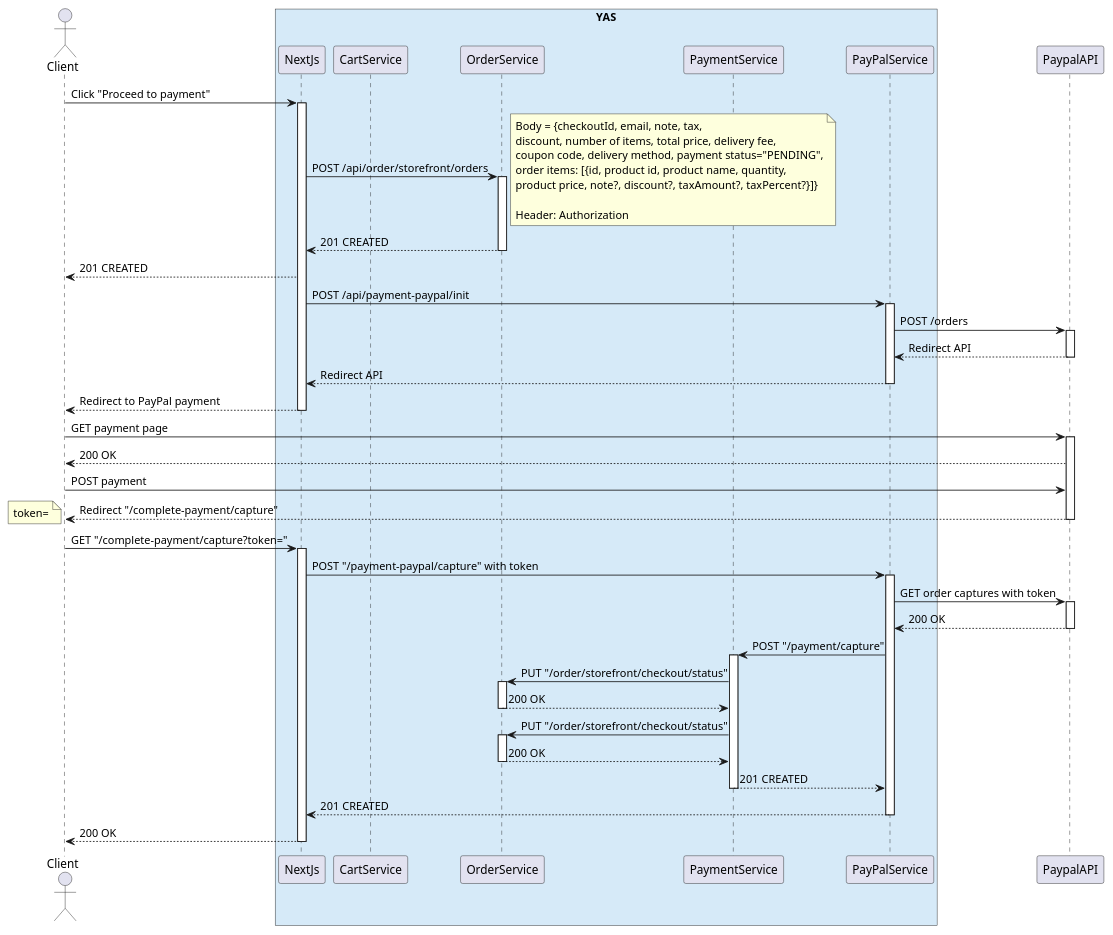
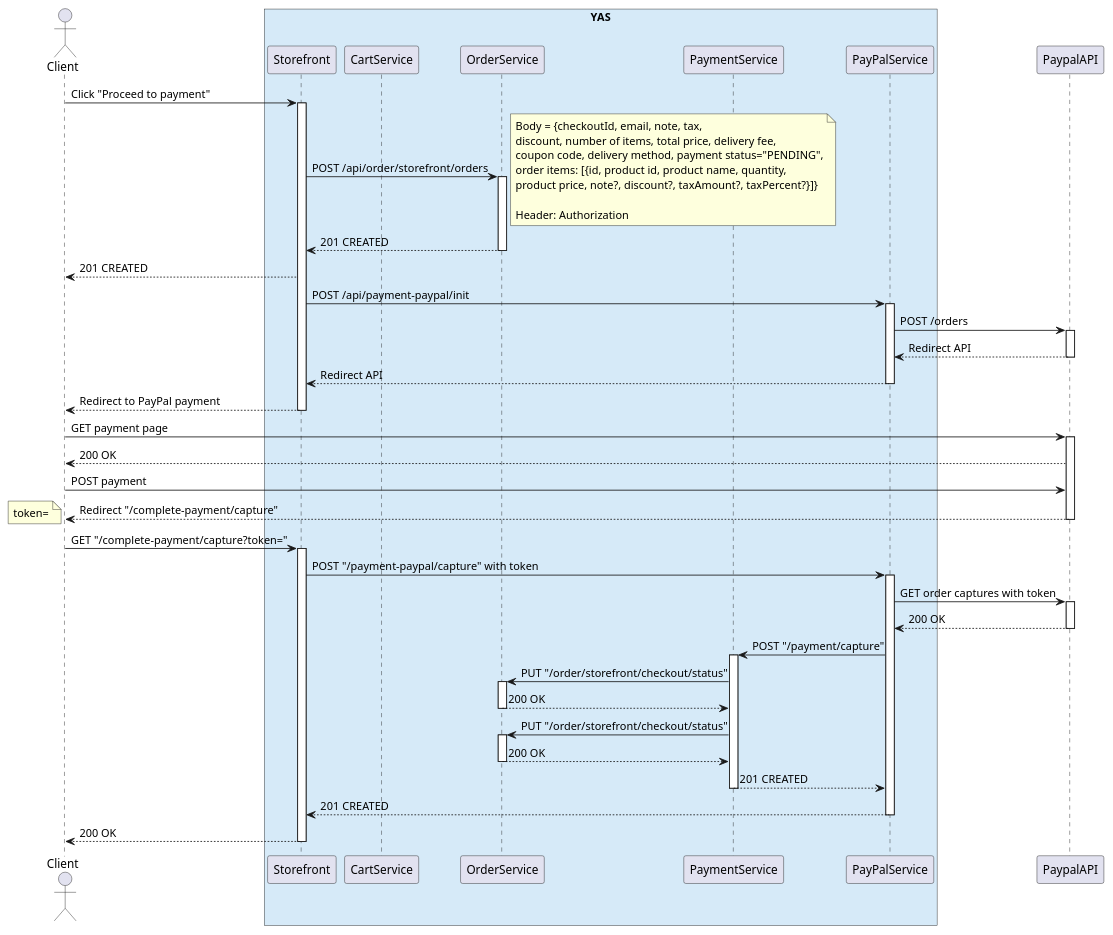
Before and after one commit to nashtech-garage/yas: the diagram in order/docs/uml/CreateOrderFlow.puml, drawn with PlantUML. The commit also changed 5 other files, not shown here.

Commit message:
Rename NextJs to Storefront in diagrams

```diff
--- a/order/docs/uml/CreateOrderFlow.puml
+++ b/order/docs/uml/CreateOrderFlow.puml
@@ -1,73 +1,73 @@
 @startuml Create order flow
 actor Client
 box "YAS" #D6EAF8
-participant NextJs
+participant Storefront as NextJs
 participant CartService as cart
 participant OrderService as order
 participant PaymentService as payment
 participant PayPalService as ppal
 end box
 participant PaypalAPI as ppAPI
 
 Client -> NextJs: Click "Proceed to payment"
 activate NextJs
 NextJs -> order: POST /api/order/storefront/orders
 note right
     Body = {checkoutId, email, note, tax,
     discount, number of items, total price, delivery fee,
     coupon code, delivery method, payment status="PENDING",
     order items: [{id, product id, product name, quantity,
     product price, note?, discount?, taxAmount?, taxPercent?}]}
 
     Header: Authorization
 end note
 activate order
 order --> NextJs: 201 CREATED
 deactivate order
 NextJs --> Client: 201 CREATED
 NextJs -> ppal: POST /api/payment-paypal/init
 activate ppal
 ppal -> ppAPI: POST /orders
 activate ppAPI
 ppAPI --> ppal: Redirect API
 deactivate ppAPI
 ppal --> NextJs: Redirect API
 deactivate ppal
 NextJs --> Client: Redirect to PayPal payment
 deactivate NextJs
 Client -> ppAPI: GET payment page
 activate ppAPI
 ppAPI --> Client: 200 OK
 Client -> ppAPI: POST payment
 ppAPI --> Client: Redirect "/complete-payment/capture"
 note left
 token=
 end note
 deactivate ppAPI
 Client -> NextJs: GET "/complete-payment/capture?token="
 activate NextJs
 NextJs -> ppal: POST "/payment-paypal/capture" with token
 activate ppal
 ppal -> ppAPI: GET order captures with token
 activate ppAPI
 ppAPI --> ppal: 200 OK
 deactivate ppAPI
 ppal -> payment: POST "/payment/capture"
 activate payment
 payment -> order: PUT "/order/storefront/checkout/status"
 activate order
 order --> payment: 200 OK
 deactivate order
 payment -> order: PUT "/order/storefront/checkout/status"
 activate order
 order --> payment: 200 OK
 deactivate order
 payment --> ppal: 201 CREATED
 deactivate payment
 ppal --> NextJs: 201 CREATED
 deactivate ppal
 NextJs --> Client: 200 OK
 deactivate NextJs
 
 deactivate NextJs
 @enduml
```
